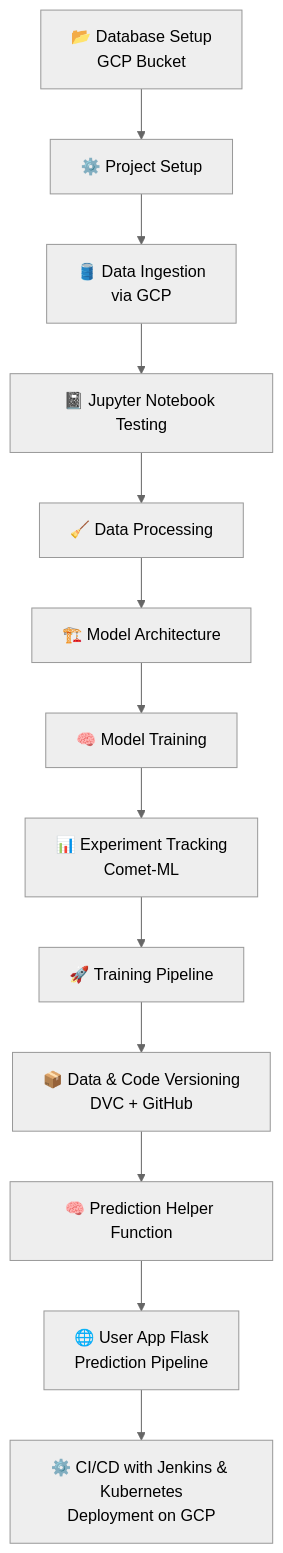
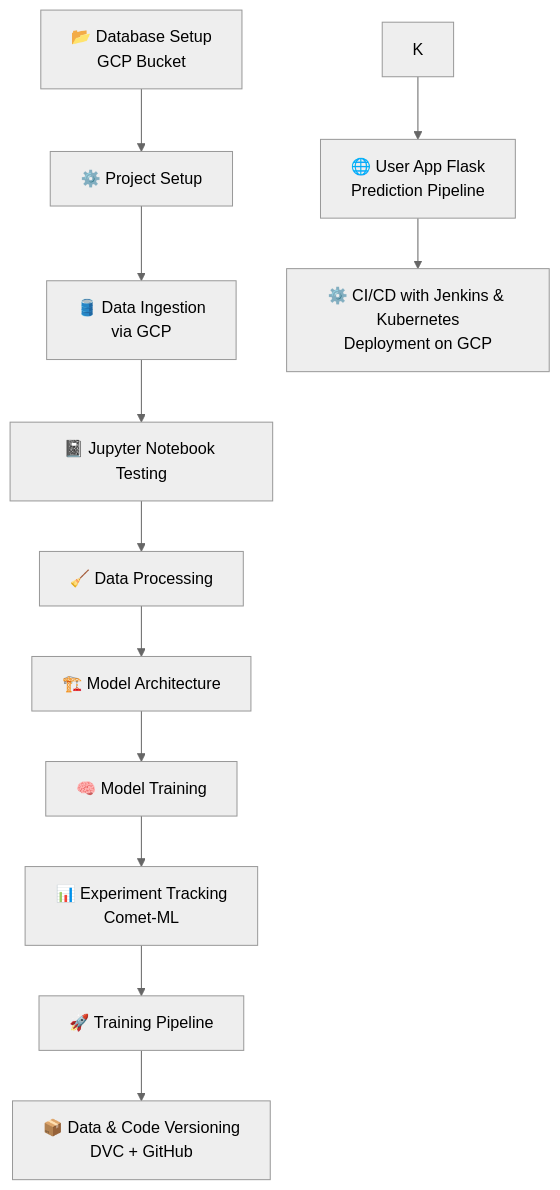
The diagram in README.md (aimldinesh/AniRec), drawn with Mermaid (neutral theme) before and after one commit.

````diff
--- a/README.md
+++ b/README.md
@@ -19,16 +19,15 @@
 ```mermaid
 graph TD
     A[📂 Database Setup<br>GCP Bucket] --> B[⚙️ Project Setup]
     B --> C[🛢️ Data Ingestion<br>via GCP]
     C --> D[📓 Jupyter Notebook Testing]
     D --> E[🧹 Data Processing]
     E --> F[🏗️ Model Architecture]
     F --> G[🧠 Model Training]
     G --> H[📊 Experiment Tracking<br>Comet-ML]
     H --> I[🚀 Training Pipeline]
     I --> J[📦 Data & Code Versioning<br>DVC + GitHub]
-    J --> K[🧠 Prediction Helper Function]
     K --> L[🌐 User App Flask<br>Prediction Pipeline]
     L --> M[⚙️ CI/CD with Jenkins & Kubernetes<br>Deployment on GCP]
 
 ```
````
